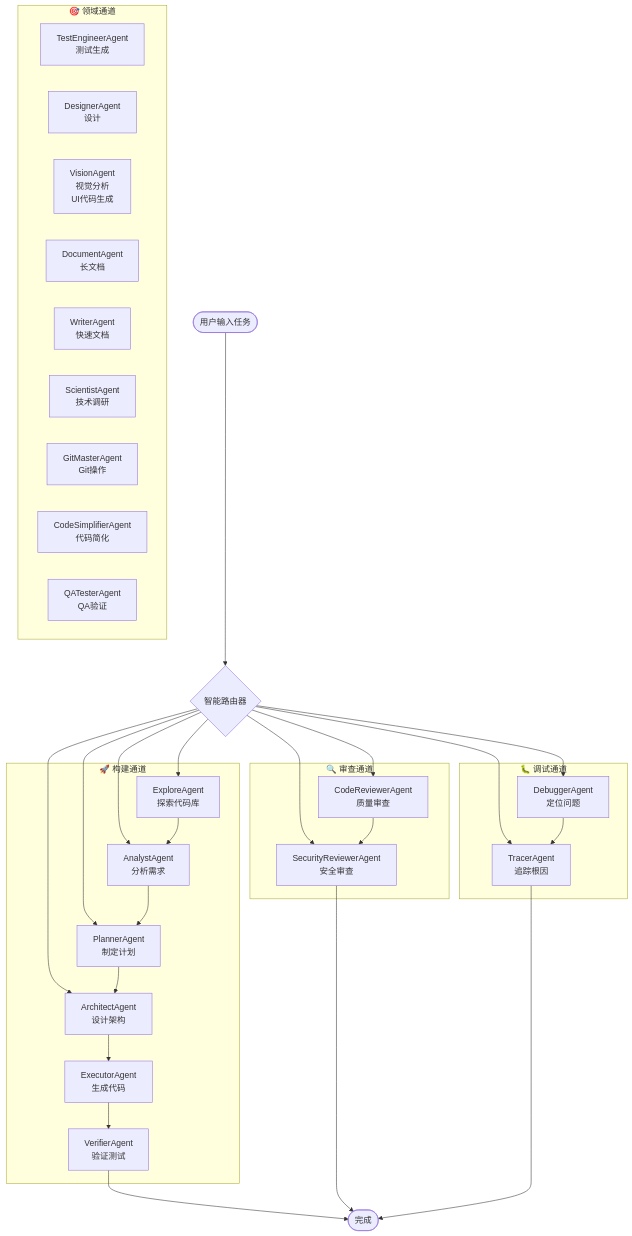
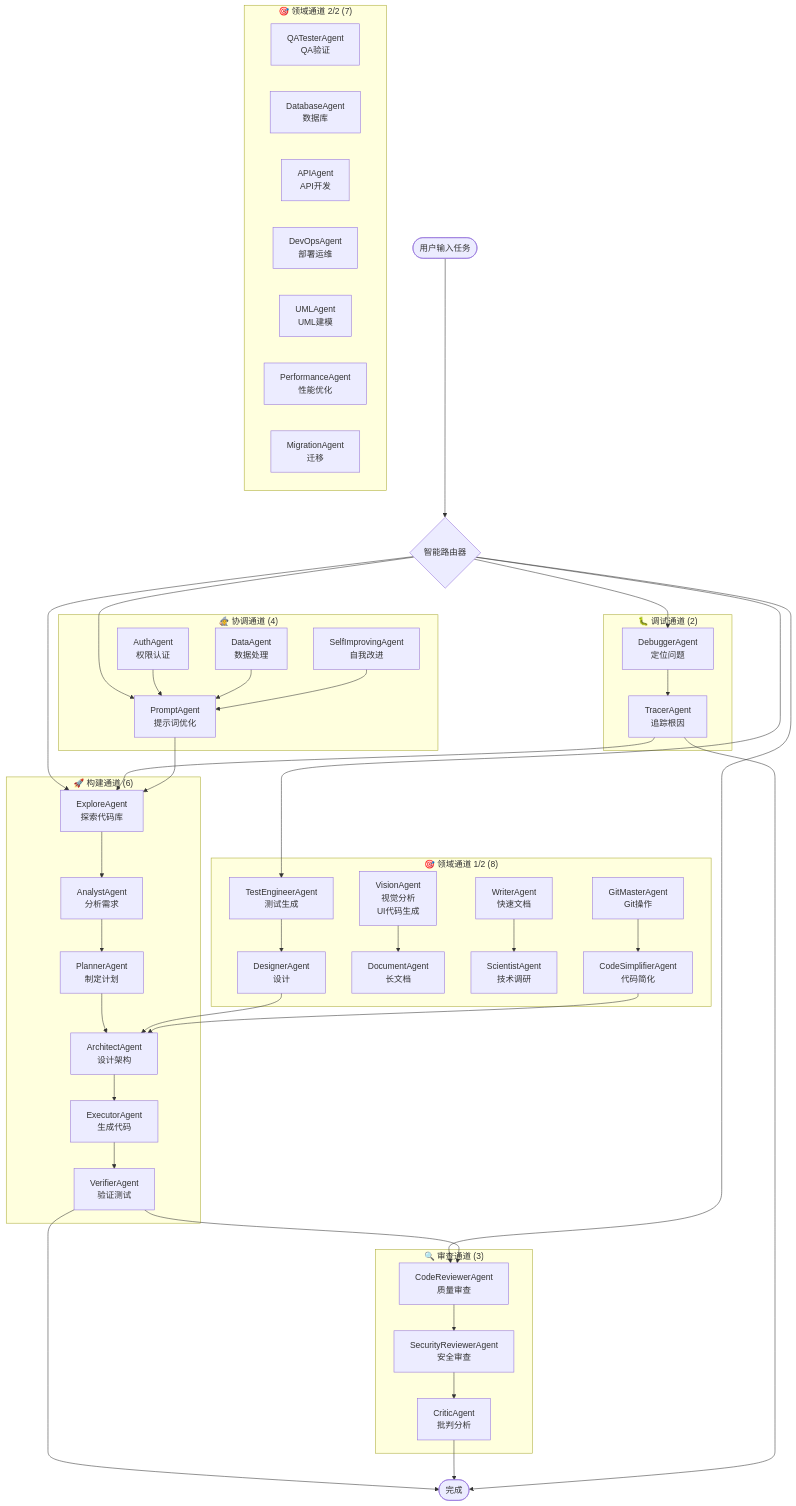
The diagram in README.md (VOBC/oh-my-coder), drawn with Mermaid before and after one commit.

Commit message:
docs: expand agent diagram to 30 agents across 5 lanes

````diff
--- a/README.md
+++ b/README.md
@@ -394,7 +394,7 @@
     User([用户输入任务])
     Router{智能路由器}
 
-    subgraph Build["🚀 构建通道"]
+    subgraph Build["🚀 构建通道 (6)"]
         E[ExploreAgent<br/>探索代码库]
         A[AnalystAgent<br/>分析需求]
         P[PlannerAgent<br/>制定计划]
@@ -403,17 +403,18 @@
         V[VerifierAgent<br/>验证测试]
     end
 
-    subgraph Review["🔍 审查通道"]
+    subgraph Review["🔍 审查通道 (3)"]
         CR[CodeReviewerAgent<br/>质量审查]
         SR[SecurityReviewerAgent<br/>安全审查]
+        CT[CriticAgent<br/>批判分析]
     end
 
-    subgraph Debug["🐛 调试通道"]
+    subgraph Debug["🐛 调试通道 (2)"]
         DB[DebuggerAgent<br/>定位问题]
         TR[TracerAgent<br/>追踪根因]
     end
 
-    subgraph Domain["🎯 领域通道"]
+    subgraph Domain1["🎯 领域通道 1/2 (8)"]
         TE[TestEngineerAgent<br/>测试生成]
         DS[DesignerAgent<br/>设计]
         VI[VisionAgent<br/>视觉分析<br/>UI代码生成]
@@ -422,29 +423,71 @@
         SC[ScientistAgent<br/>技术调研]
         GM[GitMasterAgent<br/>Git操作]
         CS[CodeSimplifierAgent<br/>代码简化]
+    end
+
+    subgraph Domain2["🎯 领域通道 2/2 (7)"]
         QA[QATesterAgent<br/>QA验证]
+        DB2[DatabaseAgent<br/>数据库]
+        API[APIAgent<br/>API开发]
+        DO[DevOpsAgent<br/>部署运维]
+        UML[UMLAgent<br/>UML建模]
+        PF[PerformanceAgent<br/>性能优化]
+        MG[MigrationAgent<br/>迁移]
+    end
+
+    subgraph Wizard["🧙 协调通道 (4)"]
+        PM[PromptAgent<br/>提示词优化]
+        AU[AuthAgent<br/>权限认证]
+        DA[DataAgent<br/>数据处理]
+        SI[SelfImprovingAgent<br/>自我改进]
     end
 
     User --> Router
+
+    %% Router 连接到各通道入口 Agent
     Router --> E
-    Router --> A
-    Router --> P
-    Router --> AR
     Router --> CR
-    Router --> SR
     Router --> DB
-    Router --> TR
+    Router --> TE
+    Router --> PM
 
+    %% 构建通道流程
     E --> A
     A --> P
     P --> AR
     AR --> EX
     EX --> V
 
+    %% 审查通道
+    CR --> SR
+    SR --> CT
+
+    %% 调试通道
     DB --> TR
-    CR --> SR
+
+    %% 领域通道内部连接
+    TE --> DS
+    VI --> DC
+    WT --> SC
+    GM --> CS
+
+    %% 领域通道 → 构建通道
+    DS --> AR
+    CS --> AR
+
+    %% 构建通道 → 审查通道
+    V --> CR
+
+    %% 调试通道 → 构建通道
+    TR --> E
+
+    %% 协调通道连接
+    PM --> E
+    AU --> PM
+    DA --> PM
+    SI --> PM
 
     V --> Result([完成])
-    SR --> Result
+    CT --> Result
     TR --> Result
 ```
````
